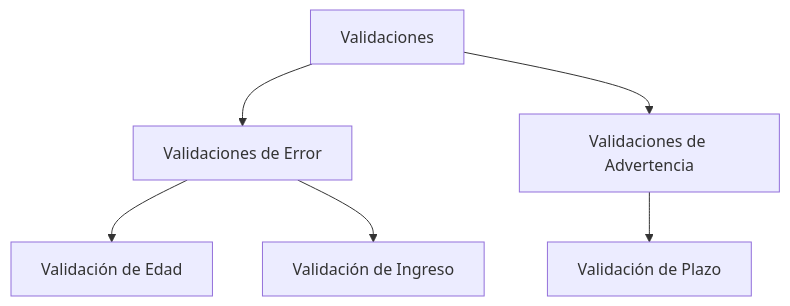
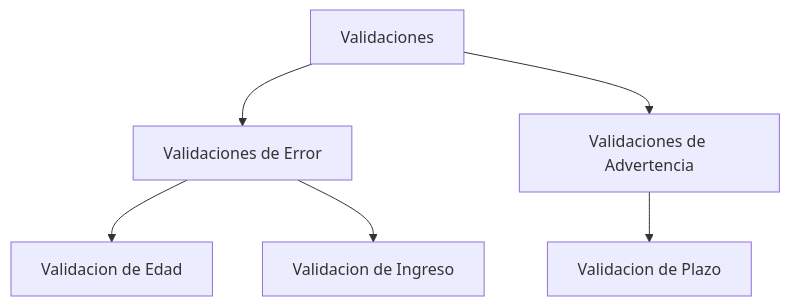
Before and after one commit to santiagoblanco22/calculator_dayana: the third of 15 diagrams in diagrams/validations.md, drawn with Mermaid. The commit also changed other lines of this file and 3 other files, not shown here.

````diff
--- a/diagrams/validations.md
+++ b/diagrams/validations.md
@@ -35,10 +35,10 @@
 ```mermaid
 graph TD
     Validations[Validaciones] --> ErrorValidations[Validaciones de Error]
     Validations --> WarningValidations[Validaciones de Advertencia]
 
-    ErrorValidations --> AgeValidation[Validación de Edad]
-    ErrorValidations --> IncomeValidation[Validación de Ingreso]
+    ErrorValidations --> AgeValidation[Validacion de Edad]
+    ErrorValidations --> IncomeValidation[Validacion de Ingreso]
 
-    WarningValidations --> TermValidation[Validación de Plazo]
+    WarningValidations --> TermValidation[Validacion de Plazo]
 ```
````
